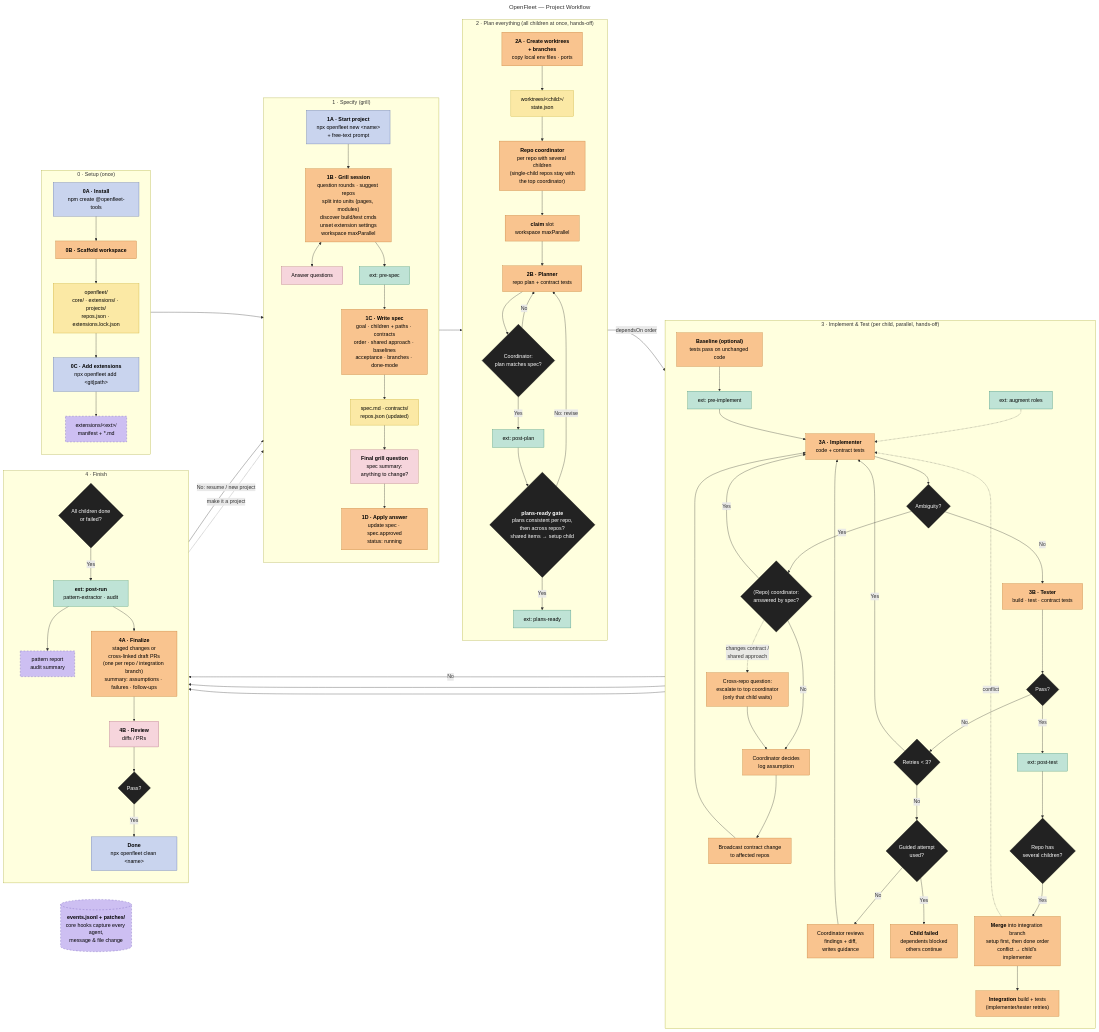
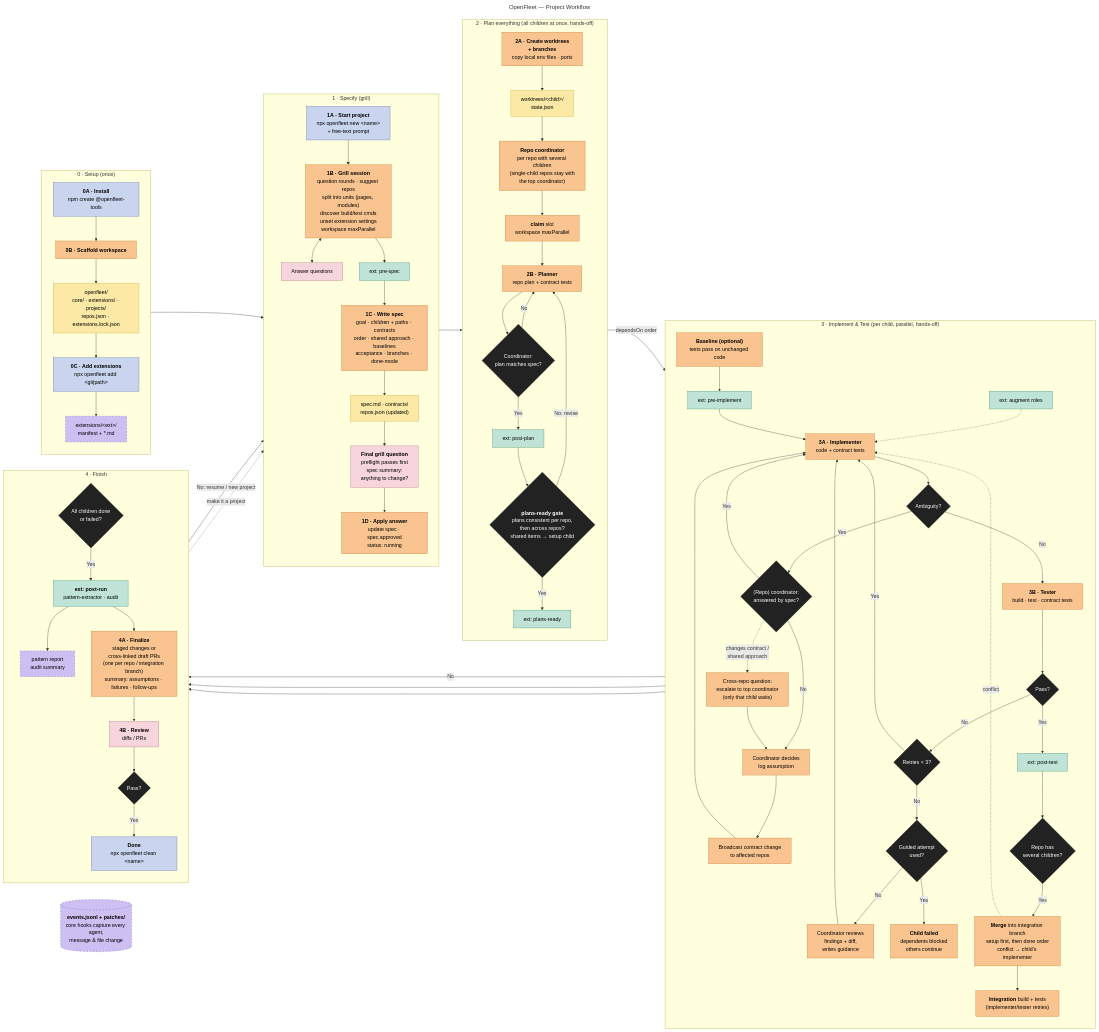
The diagram in docs/flow.mmd (yashicon21/openfleet), drawn with Mermaid before and after one commit. The commit also changed 24 other files, not shown here.

```diff
--- a/docs/flow.mmd
+++ b/docs/flow.mmd
@@ -1,124 +1,124 @@
 ---
 title: OpenFleet — Project Workflow
 ---
 flowchart LR
   subgraph S0["0 · Setup (once)"]
     direction TB
     H0["<b>0A · Install</b><br/>npm create @openfleet-tools"]
     C0["<b>0B · Scaffold workspace</b>"]
     F0["openfleet/<br/>core/ · extensions/ · projects/<br/>repos.json · extensions.lock.json"]
     H0b["<b>0C · Add extensions</b><br/>npx openfleet add &lt;git|path&gt;"]
     F0b["extensions/&lt;ext&gt;/<br/>manifest + *.md"]
     H0 --> C0 --> F0 --> H0b --> F0b
   end
 
   subgraph S1["1 · Specify (grill)"]
     direction TB
     H1["<b>1A · Start project</b><br/>npx openfleet new &lt;name&gt;<br/>+ free-text prompt"]
     C1["<b>1B · Grill session</b><br/>question rounds · suggest repos<br/>split into units (pages, modules)<br/>discover build/test cmds<br/>unset extension settings<br/>workspace maxParallel"]
     HA["Answer questions"]
     X0["ext: pre-spec"]
     C2["<b>1C · Write spec</b><br/>goal · children + paths · contracts<br/>order · shared approach · baselines<br/>acceptance · branches · done-mode"]
     F1["spec.md · contracts/<br/>repos.json (updated)"]
-    HR["<b>Final grill question</b><br/>spec summary:<br/>anything to change?"]
+    HR["<b>Final grill question</b><br/>preflight passes first<br/>spec summary:<br/>anything to change?"]
     CA["<b>1D · Apply answer</b><br/>update spec · spec.approved<br/>status: running"]
     H1 --> C1
     C1 <--> HA
     C1 --> X0 --> C2 --> F1 --> HR --> CA
   end
 
   subgraph S2["2 · Plan everything (all children at once, hands-off)"]
     direction TB
     C3["<b>2A · Create worktrees<br/>+ branches</b><br/>copy local env files · ports"]
     F2["worktrees/&lt;child&gt;/<br/>state.json"]
     RC["<b>Repo coordinator</b><br/>per repo with several children<br/>(single-child repos stay with<br/>the top coordinator)"]
     CL["<b>claim</b> slot<br/>workspace maxParallel"]
     P["<b>2B · Planner</b><br/>repo plan + contract tests"]
     DV{"Coordinator:<br/>plan matches spec?"}
     X1["ext: post-plan"]
     DC{"<b>plans-ready gate</b><br/>plans consistent per repo,<br/>then across repos?<br/>shared items → setup child"}
     X4["ext: plans-ready"]
     C3 --> F2 --> RC --> CL --> P --> DV
     DV -- No --> P
     DV -- Yes --> X1 --> DC
     DC -- "No: revise" --> P
     DC -- Yes --> X4
   end
 
   subgraph S3["3 · Implement & Test (per child, parallel, hands-off)"]
     direction TB
     XA["ext: augment roles"]
     B["<b>Baseline (optional)</b><br/>tests pass on unchanged code"]
     X5["ext: pre-implement"]
     I["<b>3A · Implementer</b><br/>code + contract tests"]
     DQ{"Ambiguity?"}
     CQ{"(Repo) coordinator:<br/>answered by spec?"}
     CE["Cross-repo question:<br/>escalate to top coordinator<br/>(only that child waits)"]
     CD["Coordinator decides<br/>log assumption"]
     CB["Broadcast contract change<br/>to affected repos"]
     T["<b>3B · Tester</b><br/>build · test · contract tests"]
     DT{"Pass?"}
     DN{"Retries &lt; 3?"}
     DG{"Guided attempt<br/>used?"}
     CG["Coordinator reviews<br/>findings + diff,<br/>writes guidance"]
     CF["<b>Child failed</b><br/>dependents blocked<br/>others continue"]
     X2["ext: post-test"]
     DM{"Repo has<br/>several children?"}
     M["<b>Merge</b> into integration branch<br/>setup first, then done order<br/>conflict → child's implementer"]
     IT["<b>Integration</b> build + tests<br/>(implementer/tester retries)"]
     XA -.-> I
     I --> DQ
     DQ -- Yes --> CQ
     CQ -- Yes --> I
     CQ -- No --> CD --> CB --> I
     CQ -. "changes contract /<br/>shared approach" .-> CE --> CD
     DQ -- No --> T --> DT
     DT -- No --> DN
     DN -- Yes --> I
     DN -- No --> DG
     DG -- No --> CG --> I
     DG -- Yes --> CF
     DT -- Yes --> X2 --> DM
     DM -- Yes --> M --> IT
     M -. conflict .-> I
   end
 
   subgraph S4["4 · Finish"]
     direction TB
     DA{"All children done<br/>or failed?"}
     X3["<b>ext: post-run</b><br/>pattern-extractor · audit"]
     FX["pattern report<br/>audit summary"]
     C5["<b>4A · Finalize</b><br/>staged changes or<br/>cross-linked draft PRs<br/>(one per repo / integration branch)<br/>summary: assumptions · failures · follow-ups"]
     HF["<b>4B · Review</b><br/>diffs / PRs"]
     DP{"Pass?"}
     HC["<b>Done</b><br/>npx openfleet clean &lt;name&gt;"]
     DA -- Yes --> X3 --> FX
     X3 --> C5 --> HF --> DP
     DP -- Yes --> HC
   end
 
   EV[("<b>events.jsonl + patches/</b><br/>core hooks capture every agent,<br/>message & file change")]
 
   F0b --> H1
   CA --> C3
   X4 -- "dependsOn order" --> B --> X5 --> I
   DM -- No --> DA
   IT --> DA
   CF --> DA
   DP -- "No: resume / new project" --> H1
   FX -. "make it a project" .-> H1
 
   classDef human fill:#c9d4ee,stroke:#5b6fa8,color:#000
   classDef loop fill:#f6d5dc,stroke:#b0707f,color:#000
   classDef ai fill:#f9c48f,stroke:#c07a30,color:#000
   classDef file fill:#fbe9a5,stroke:#c9a92c,color:#000
   classDef cond fill:#cdbff2,stroke:#6a55b5,stroke-dasharray:5 5,color:#000
   classDef ext fill:#bfe3d6,stroke:#3f8f75,color:#000
   classDef dec fill:#222,stroke:#000,color:#fff
   class H0,H0b,H1,HC human
   class HA,HR,HF loop
   class C0,C1,C2,CA,C3,CD,CB,CE,CG,CF,C5,P,B,I,T,RC,CL,M,IT ai
   class F0,F1,F2 file
   class F0b,FX,EV cond
   class X0,X1,XA,X2,X3,X4,X5 ext
   class DV,DC,CQ,DA,DQ,DT,DN,DG,DP,DM dec
```
